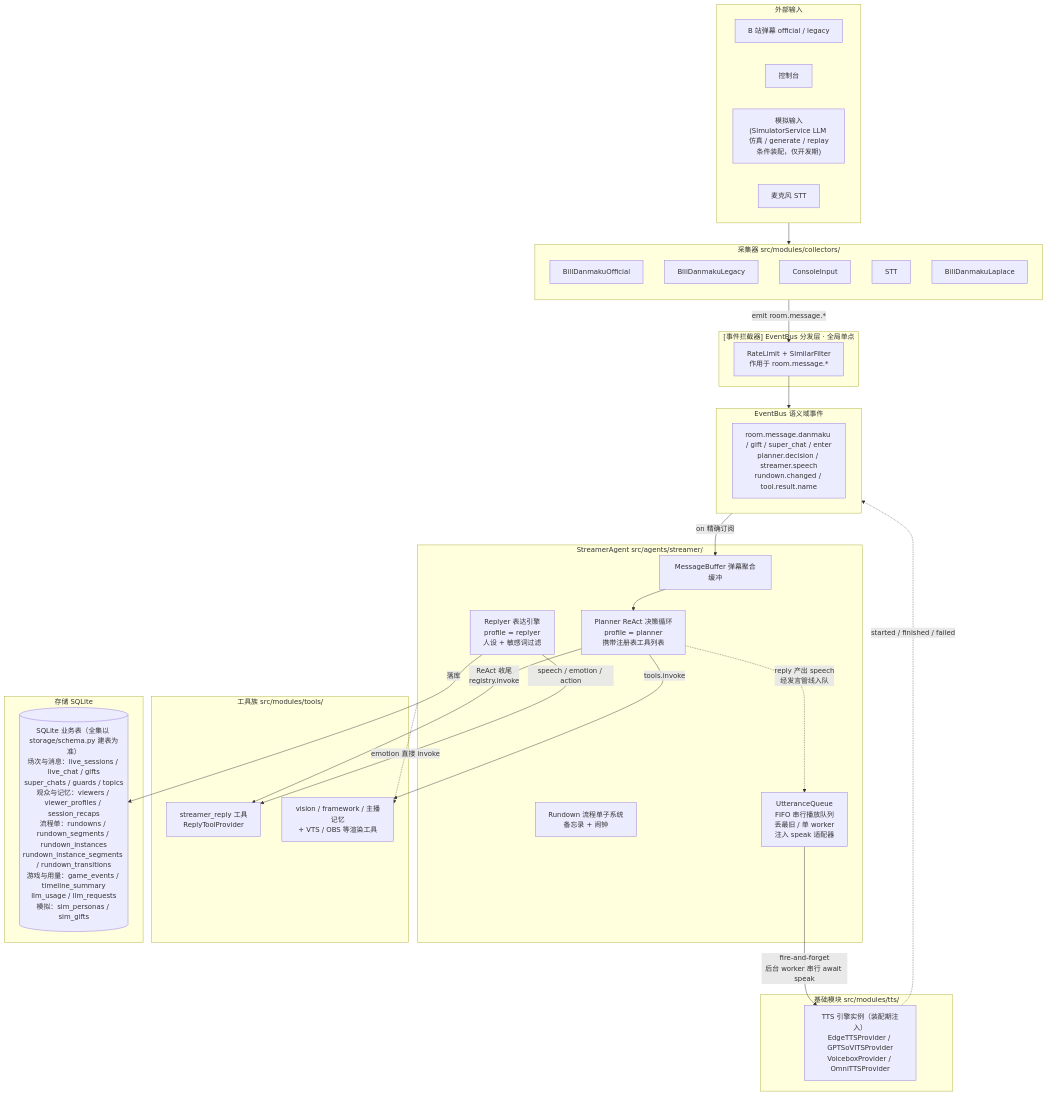
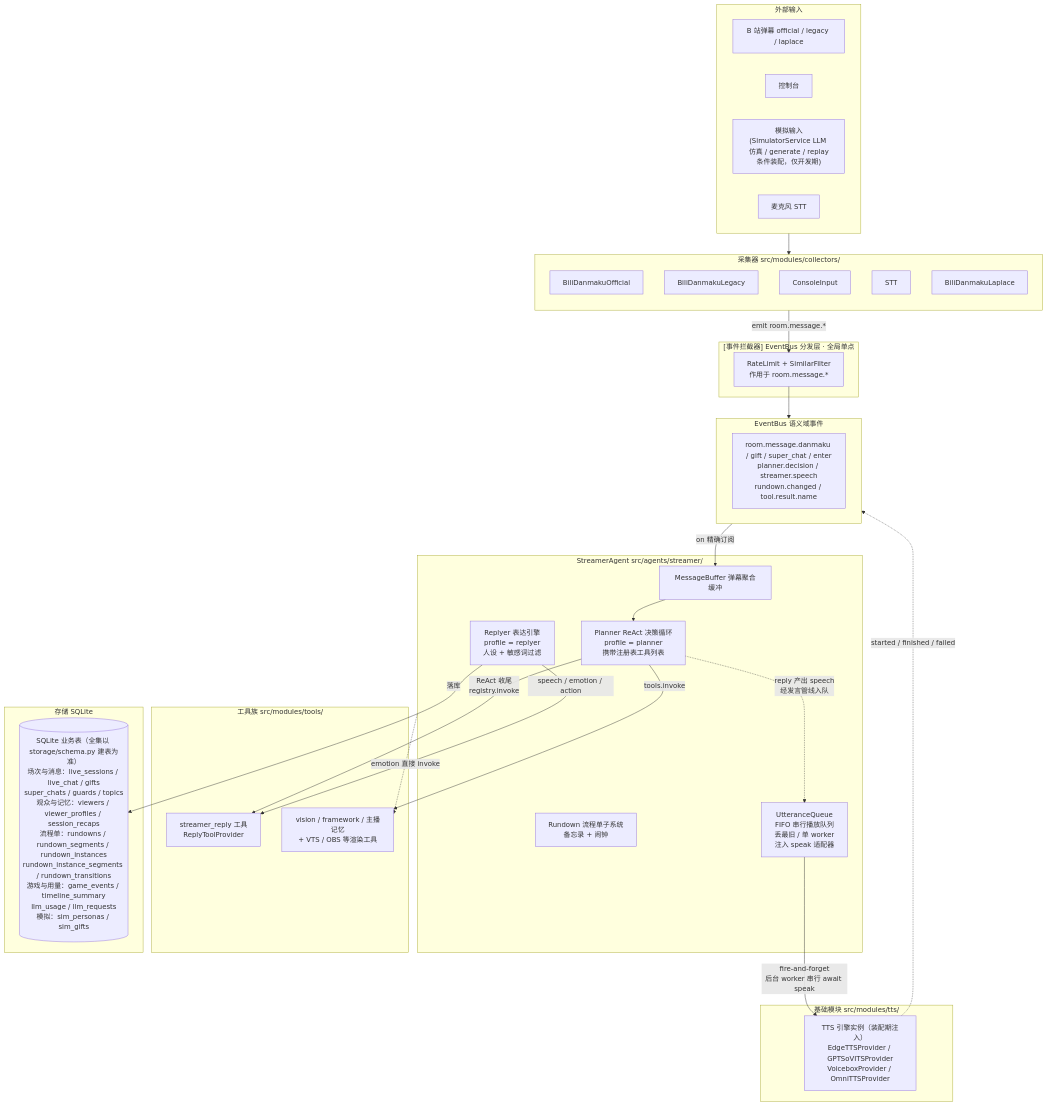
The diagram in docs/architecture/data-flow.md (Mai-with-u/Amaidesu), drawn with Mermaid before and after one commit. The commit also changed 2 other files, not shown here.

Commit message:
docs(guides): 修正 LAPLACE 接入文档的身份与登录同步说明
- 观众身份沿用 uid，与 legacy 同命名空间、与 official 的 open_id
  不互通；补充换源会拆身份的限制。
- 增加登录同步前置条件与开放平台不可用的说明，补排障项。
- 修正 guard 广播、代理与日志名、Event Fetcher 控制台要求等与
  实现不符的描述。
- 补充 gift 去重 id 可能碰撞、combo 信息缺失的已知限制。

````diff
--- a/docs/architecture/data-flow.md
+++ b/docs/architecture/data-flow.md
@@ -23,61 +23,61 @@
 ```mermaid
 flowchart TB
     subgraph Ext["外部输入"]
-        Bili["B 站弹幕 official / legacy"]
+        Bili["B 站弹幕 official / legacy / laplace"]
         Cons["控制台"]
         Sim["模拟输入<br/>(SimulatorService LLM 仿真 / generate / replay<br/>条件装配，仅开发期)"]
         Mic["麦克风 STT"]
     end
 
     subgraph Collectors["采集器 src/modules/collectors/"]
         direction TB
         C1["BiliDanmakuOfficial"]
         C2["BiliDanmakuLegacy"]
         C3["ConsoleInput"]
         C4["STT"]
         C5["BiliDanmakuLaplace"]
     end
 
     subgraph Interceptors["[事件拦截器] EventBus 分发层 · 全局单点"]
         IC["RateLimit + SimilarFilter<br/>作用于 room.message.*"]
     end
 
     subgraph Bus["EventBus 语义域事件"]
         EB["room.message.danmaku / gift / super_chat / enter<br/>planner.decision / streamer.speech<br/>rundown.changed / tool.result.name"]
     end
 
 subgraph StreamerAgent["StreamerAgent src/agents/streamer/"]
         MB["MessageBuffer 弹幕聚合缓冲"]
         Planner["Planner ReAct 决策循环<br/>profile = planner<br/>携带注册表工具列表"]
         Reply["Replyer 表达引擎<br/>profile = replyer<br/>人设 + 敏感词过滤"]
         Rundown["Rundown 流程单子系统<br/>备忘录 + 闹钟"]
         UQ["UtteranceQueue<br/>FIFO 串行播放队列<br/>丢最旧 / 单 worker<br/>注入 speak 适配器"]
     end
 
     subgraph Tools["工具族 src/modules/tools/"]
         RT["streamer_reply 工具<br/>ReplyToolProvider"]
         Other["vision / framework / 主播记忆<br/>+ VTS / OBS 等渲染工具"]
     end
 
     subgraph InFra["基础模块 src/modules/tts/"]
         TTSEng["TTS 引擎实例（装配期注入）<br/>EdgeTTSProvider / GPTSoVITSProvider<br/>VoiceboxProvider / OmniTTSProvider"]
     end
 
     subgraph Storage["存储 SQLite"]
         DB[("SQLite 业务表（全集以 storage/schema.py 建表为准）<br/>场次与消息：live_sessions / live_chat / gifts<br/>super_chats / guards / topics<br/>观众与记忆：viewers / viewer_profiles / session_recaps<br/>流程单：rundowns / rundown_segments / rundown_instances<br/>rundown_instance_segments / rundown_transitions<br/>游戏与用量：game_events / timeline_summary<br/>llm_usage / llm_requests<br/>模拟：sim_personas / sim_gifts")]
     end
 
     Ext --> Collectors
     Collectors -->|emit room.message.*| IC
     IC --> Bus
     Bus -->|on 精确订阅| MB
     MB --> Planner
     Planner -->|ReAct 收尾<br/>registry.invoke| RT
     Reply -->|speech / emotion / action| RT
     Reply -->|落库| DB
     Planner -->|tools.invoke| Other
     Planner -.->|reply 产出 speech<br/>经发言管线入队| UQ
     UQ -->|fire-and-forget<br/>后台 worker 串行 await speak| TTSEng
     TTSEng -.->|started / finished / failed| Bus
     StreamerAgent -.->|emotion 直接 invoke| Other
 ```
````
